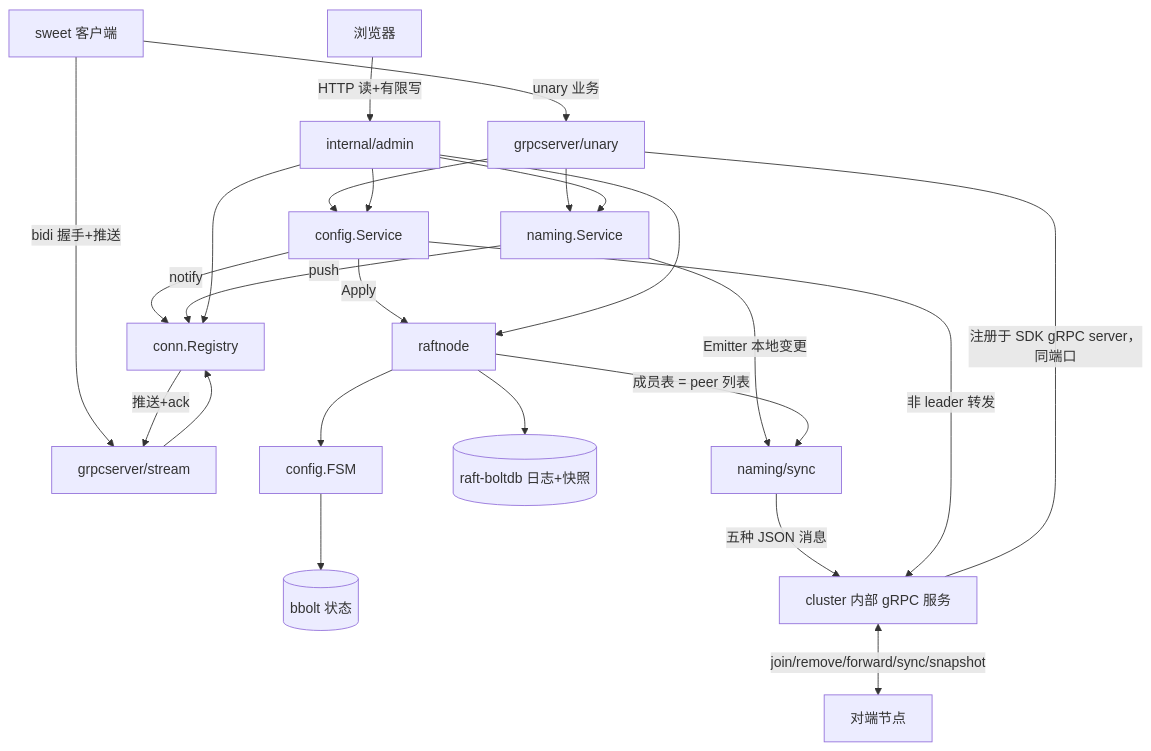
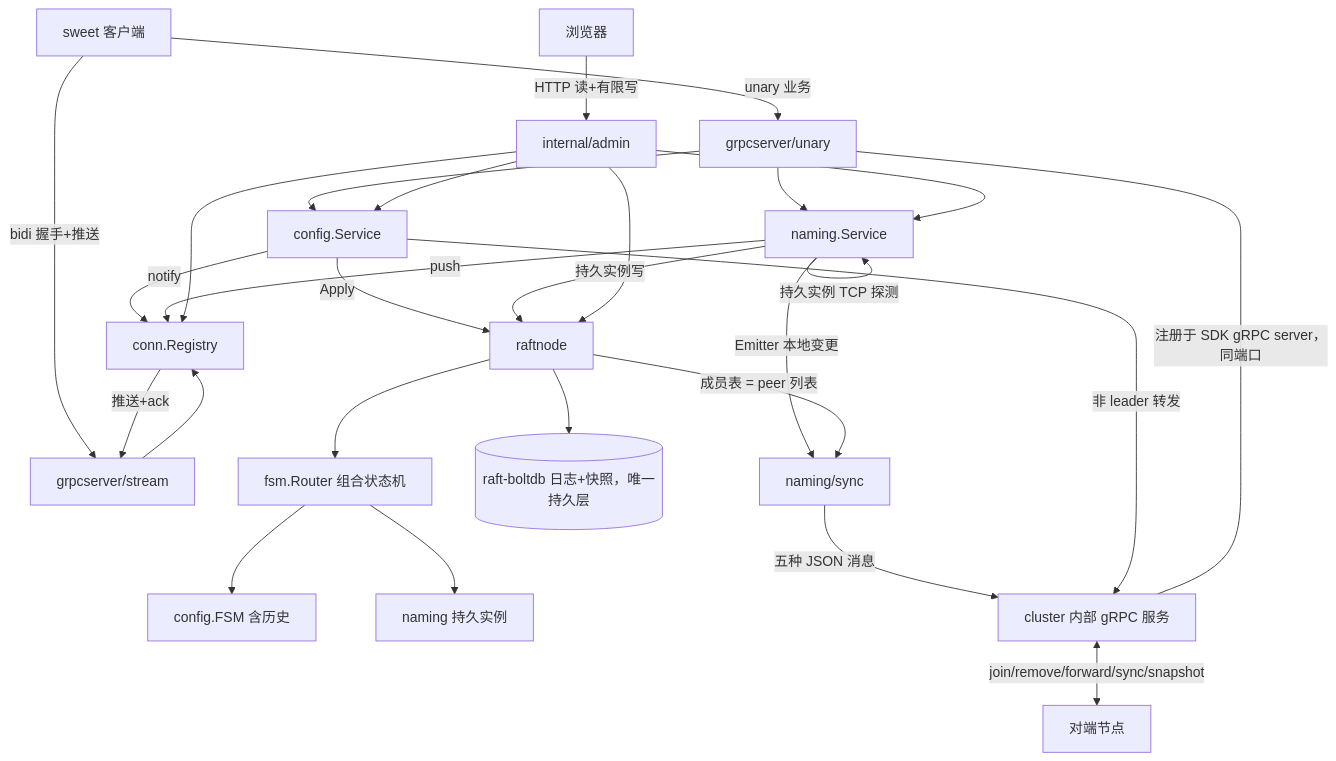
Before and after one commit to javahongxi/go-nacos: the diagram in doc/design.md, drawn with Mermaid. The commit also changed other lines of this file and 12 other files, not shown here.

First line of the commit message:
feat: 纯 raft 存储 + 配置历史 + naming 持久实例

````diff
--- a/doc/design.md
+++ b/doc/design.md
@@ -31,26 +31,29 @@
 ```mermaid
 graph TD
     C[sweet 客户端] -->|unary 业务| U[grpcserver/unary]
     C -->|bidi 握手+推送| S[grpcserver/stream]
     U --> CFG[config.Service]
     U --> NAM[naming.Service]
     S --> CONN[conn.Registry]
     CFG -->|Apply| RAFT[raftnode]
-    RAFT --> FSM[config.FSM]
-    FSM --> BB[(bbolt 状态)]
-    RAFT --> LOG[(raft-boltdb 日志+快照)]
+    NAM -->|持久实例写| RAFT
+    RAFT --> FSM[fsm.Router 组合状态机]
+    FSM --> CFGFSM[config.FSM 含历史]
+    FSM --> NAMFSM[naming 持久实例]
+    RAFT --> LOG[(raft-boltdb 日志+快照，唯一持久层)]
+    NAM -->|持久实例 TCP 探测| NAM
     CFG -->|notify| CONN
     NAM -->|push| CONN
     CONN -->|推送+ack| S
     NAM -->|Emitter 本地变更| NS[naming/sync]
     NS -->|五种 JSON 消息| CL[cluster 内部 gRPC 服务]
     CFG -->|非 leader 转发| CL
     CL ---|注册于 SDK gRPC server，同端口| U
     CL <-->|join/remove/forward/sync/snapshot| P[对端节点]
     RAFT -->|成员表 = peer 列表| NS
     B[浏览器] -->|HTTP 读+有限写| ADM[internal/admin]
     ADM --> CFG
     ADM --> NAM
     ADM --> CONN
     ADM --> RAFT
 ```
````
